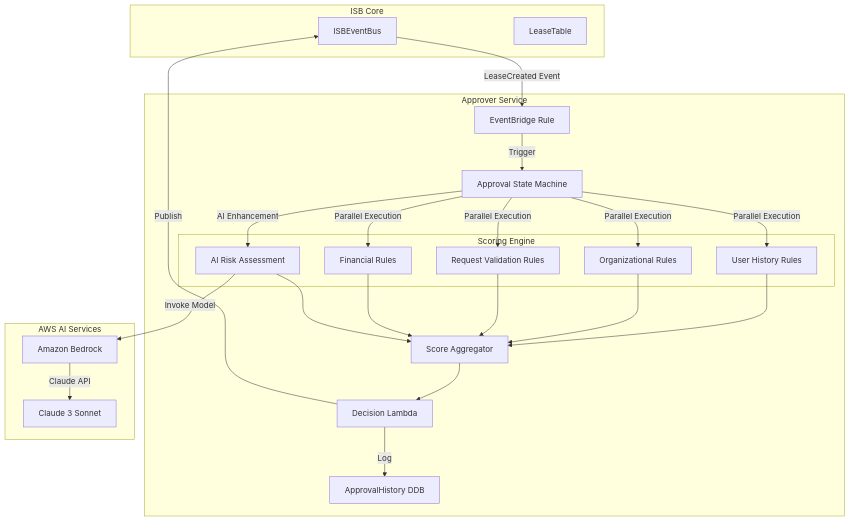
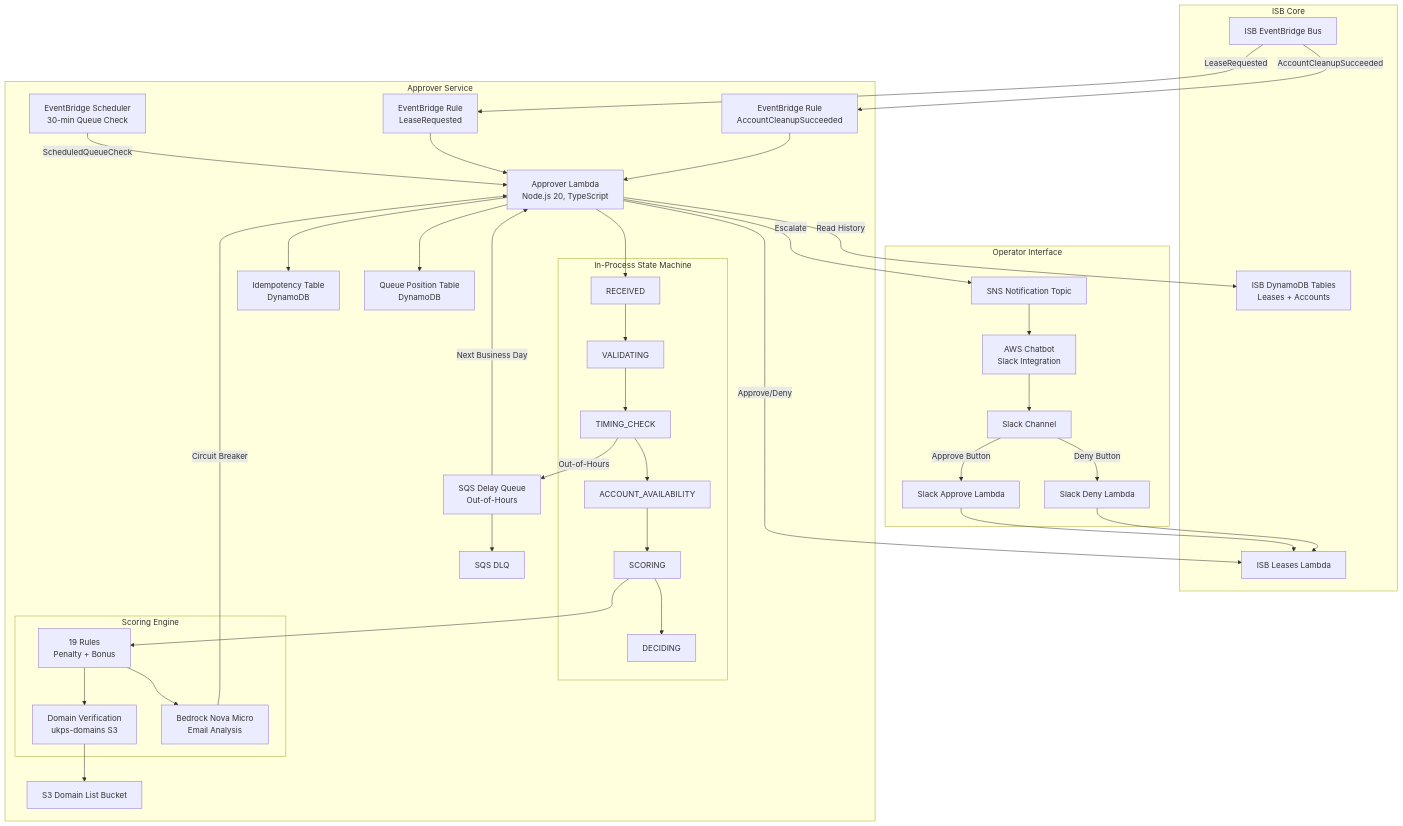
Before and after one commit to co-cddo/ndx-try-arch: the first of 2 diagrams in docs/20-approver-system.md, drawn with Mermaid. The commit also changed other lines of this file and 41 other files, not shown here.

First line of the commit message:
docs: update NDX architecture documentation (#9)

````diff
--- a/docs/20-approver-system.md
+++ b/docs/20-approver-system.md
@@ -24,47 +17,73 @@
 ```mermaid
 graph TB
     subgraph "ISB Core"
-        CORE_EB[ISBEventBus]
-        CORE_DDB[LeaseTable]
+        ISB_EB[ISB EventBridge Bus]
+        ISB_DDB[ISB DynamoDB Tables<br/>Leases + Accounts]
+        ISB_LAMBDA[ISB Leases Lambda]
     end
 
     subgraph "Approver Service"
-        EB_RULE[EventBridge Rule]
-        SFN[Approval State Machine]
+        EB_RULE1[EventBridge Rule<br/>LeaseRequested]
+        EB_RULE2[EventBridge Rule<br/>AccountCleanupSucceeded]
+        EB_SCHED[EventBridge Scheduler<br/>30-min Queue Check]
+
+        LAMBDA[Approver Lambda<br/>Node.js 20, TypeScript]
+
+        subgraph "In-Process State Machine"
+            SM_RECV[RECEIVED]
+            SM_VALID[VALIDATING]
+            SM_TIME[TIMING_CHECK]
+            SM_ACCT[ACCOUNT_AVAILABILITY]
+            SM_SCORE[SCORING]
+            SM_DECIDE[DECIDING]
+        end
 
         subgraph "Scoring Engine"
-            LAMBDA1[User History Rules]
-            LAMBDA2[Organizational Rules]
-            LAMBDA3[Request Validation Rules]
-            LAMBDA4[Financial Rules]
-            LAMBDA5[AI Risk Assessment]
+            RULES[19 Rules<br/>Penalty + Bonus]
+            DOMAIN[Domain Verification<br/>ukps-domains S3]
+            AI[Bedrock Nova Micro<br/>Email Analysis]
         end
 
-        SCORE_AGG[Score Aggregator]
-        DECISION[Decision Lambda]
-        APPROVER_DDB[ApprovalHistory DDB]
+        SQS[SQS Delay Queue<br/>Out-of-Hours]
+        SQS_DLQ[SQS DLQ]
+        IDEMP_DDB[Idempotency Table<br/>DynamoDB]
+        QUEUE_DDB[Queue Position Table<br/>DynamoDB]
+        S3_DOMAINS[S3 Domain List Bucket]
     end
 
-    subgraph "AWS AI Services"
-        BEDROCK[Amazon Bedrock]
-        CLAUDE[Claude 3 Sonnet]
+    subgraph "Operator Interface"
+        SNS[SNS Notification Topic]
+        CHATBOT[AWS Chatbot<br/>Slack Integration]
+        SLACK[Slack Channel]
+        APPROVE_FN[Slack Approve Lambda]
+        DENY_FN[Slack Deny Lambda]
     end
 
-    CORE_EB -->|LeaseCreated Event| EB_RULE
-    EB_RULE -->|Trigger| SFN
-    SFN -->|Parallel Execution| LAMBDA1
-    SFN -->|Parallel Execution| LAMBDA2
-    SFN -->|Parallel Execution| LAMBDA3
-    SFN -->|Parallel Execution| LAMBDA4
-    SFN -->|AI Enhancement| LAMBDA5
-    LAMBDA5 -->|Invoke Model| BEDROCK
-    BEDROCK -->|Claude API| CLAUDE
-    LAMBDA1 --> SCORE_AGG
-    LAMBDA2 --> SCORE_AGG
-    LAMBDA3 --> SCORE_AGG
-    LAMBDA4 --> SCORE_AGG
-    LAMBDA5 --> SCORE_AGG
-    SCORE_AGG --> DECISION
-    DECISION -->|Publish| CORE_EB
-    DECISION -->|Log| APPROVER_DDB
+    ISB_EB -->|LeaseRequested| EB_RULE1
+    ISB_EB -->|AccountCleanupSucceeded| EB_RULE2
+    EB_SCHED -->|ScheduledQueueCheck| LAMBDA
+    EB_RULE1 --> LAMBDA
+    EB_RULE2 --> LAMBDA
+
+    LAMBDA --> SM_RECV --> SM_VALID --> SM_TIME --> SM_ACCT --> SM_SCORE --> SM_DECIDE
+
+    SM_SCORE --> RULES
+    RULES --> DOMAIN
+    RULES --> AI
+    DOMAIN --> S3_DOMAINS
+    AI -->|Circuit Breaker| LAMBDA
+
+    SM_TIME -->|Out-of-Hours| SQS
+    SQS --> SQS_DLQ
+    SQS -->|Next Business Day| LAMBDA
+
+    LAMBDA --> IDEMP_DDB
+    LAMBDA --> QUEUE_DDB
+    LAMBDA -->|Approve/Deny| ISB_LAMBDA
+    LAMBDA -->|Read History| ISB_DDB
+    LAMBDA -->|Escalate| SNS
+    SNS --> CHATBOT --> SLACK
+
+    SLACK -->|Approve Button| APPROVE_FN --> ISB_LAMBDA
+    SLACK -->|Deny Button| DENY_FN --> ISB_LAMBDA
 ```
````
